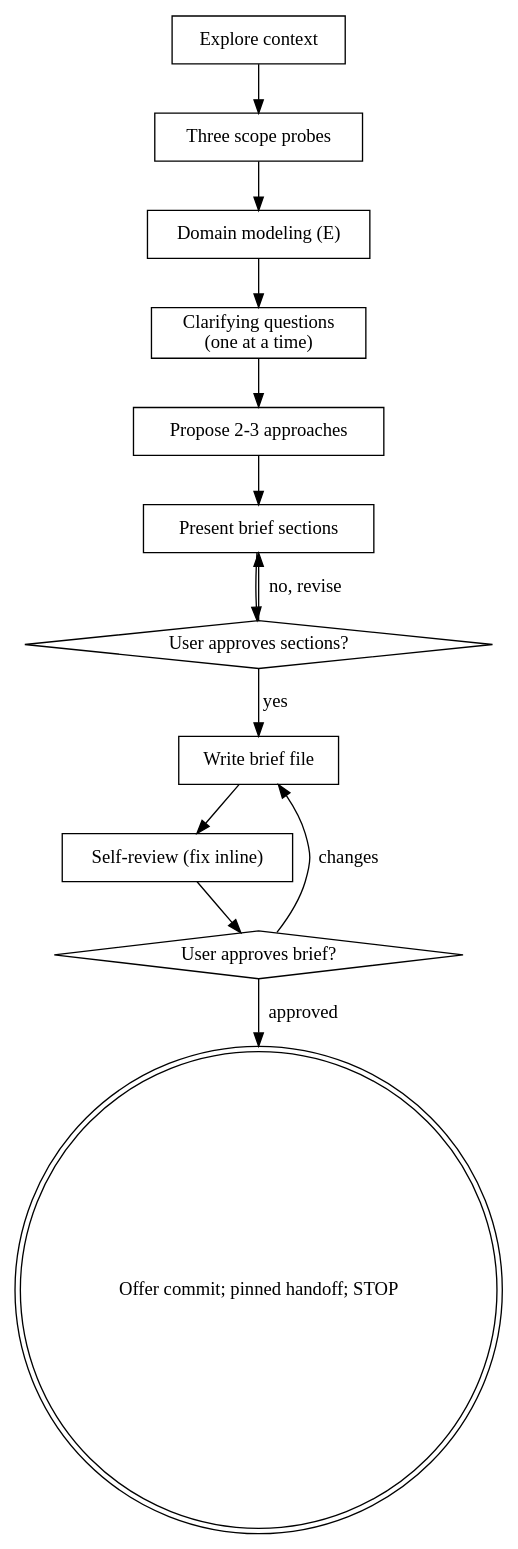
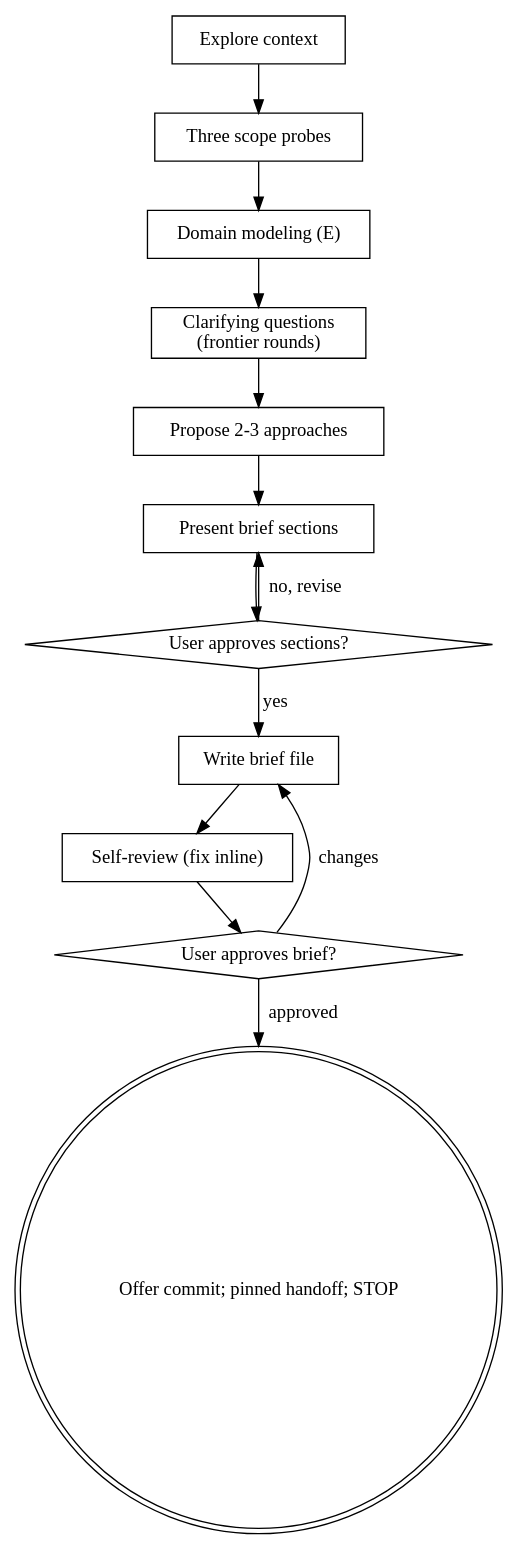
One commit to jroethel/loop-stack-session changed the diagram in skills/loop-brainstorm/SKILL.md. Above: the diagram before and after it, drawn with Graphviz. The commit also changed other lines of this file and 1 other file, not shown here.

Commit message:
loop-brainstorm, loop-plan: ask clarifying questions in frontier rounds (from grilling)

````diff
--- a/skills/loop-brainstorm/SKILL.md
+++ b/skills/loop-brainstorm/SKILL.md
@@ -231,28 +260,28 @@
 ```dot
 digraph loop_brainstorm {
     "Explore context" [shape=box];
     "Three scope probes" [shape=box];
     "Domain modeling (E)" [shape=box];
-    "Clarifying questions\n(one at a time)" [shape=box];
+    "Clarifying questions\n(frontier rounds)" [shape=box];
     "Propose 2-3 approaches" [shape=box];
     "Present brief sections" [shape=box];
     "User approves sections?" [shape=diamond];
     "Write brief file" [shape=box];
     "Self-review (fix inline)" [shape=box];
     "User approves brief?" [shape=diamond];
     "Offer commit; pinned handoff; STOP" [shape=doublecircle];
 
     "Explore context" -> "Three scope probes";
     "Three scope probes" -> "Domain modeling (E)";
-    "Domain modeling (E)" -> "Clarifying questions\n(one at a time)";
-    "Clarifying questions\n(one at a time)" -> "Propose 2-3 approaches";
+    "Domain modeling (E)" -> "Clarifying questions\n(frontier rounds)";
+    "Clarifying questions\n(frontier rounds)" -> "Propose 2-3 approaches";
     "Propose 2-3 approaches" -> "Present brief sections";
     "Present brief sections" -> "User approves sections?";
     "User approves sections?" -> "Present brief sections" [label="no, revise"];
     "User approves sections?" -> "Write brief file" [label="yes"];
     "Write brief file" -> "Self-review (fix inline)";
     "Self-review (fix inline)" -> "User approves brief?";
     "User approves brief?" -> "Write brief file" [label="changes"];
     "User approves brief?" -> "Offer commit; pinned handoff; STOP" [label="approved"];
 }
 ```
````
